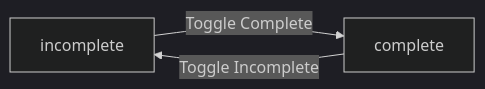
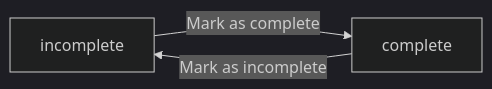
Before and after one commit to wrtnlabs/autobe-examples: the first of 3 diagrams in qwen/qwen3.5-27b/todo/docs/analysis/02-domain-model.md, drawn with Mermaid (dark theme). The commit also changed other lines of this file and 32093 other files, not shown here.

````diff
--- a/qwen/qwen3.5-27b/todo/docs/analysis/02-domain-model.md
+++ b/qwen/qwen3.5-27b/todo/docs/analysis/02-domain-model.md
@@ -655,5 +249,5 @@
 ```mermaid
 flowchart LR
-    A["incomplete"] -->|"Toggle Complete"| B["complete"]
-    B -->|"Toggle Incomplete"| A
+    A["incomplete"] -->|"Mark as complete"| B["complete"]
+    B -->|"Mark as incomplete"| A
 ```
````
